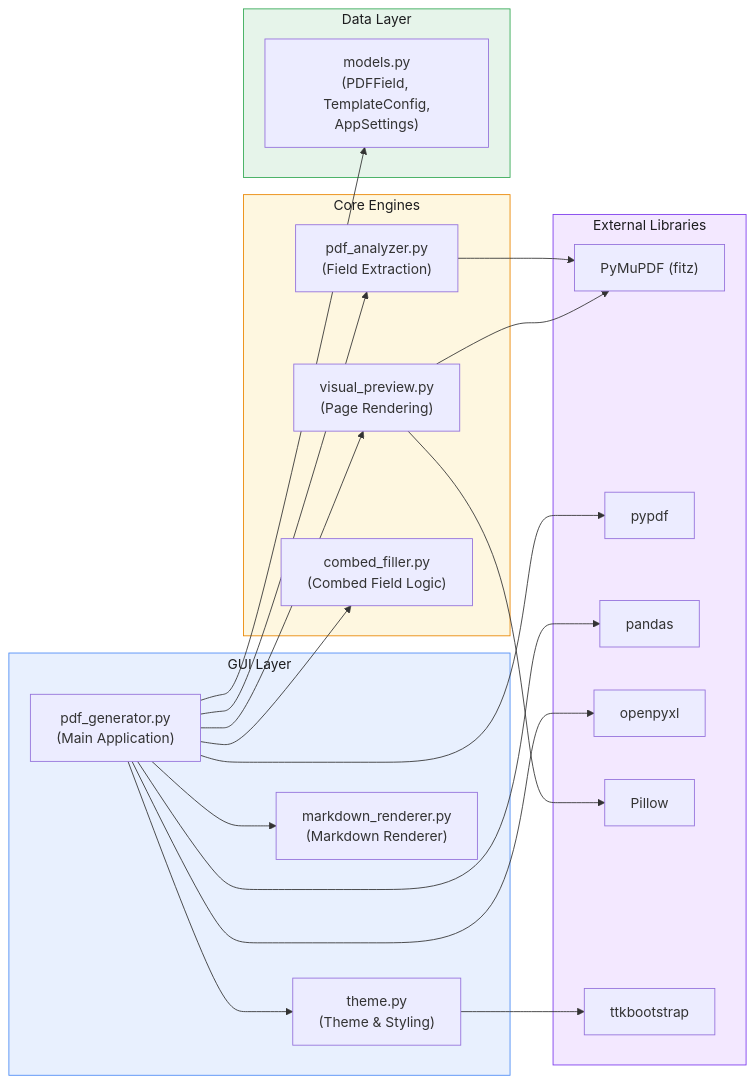
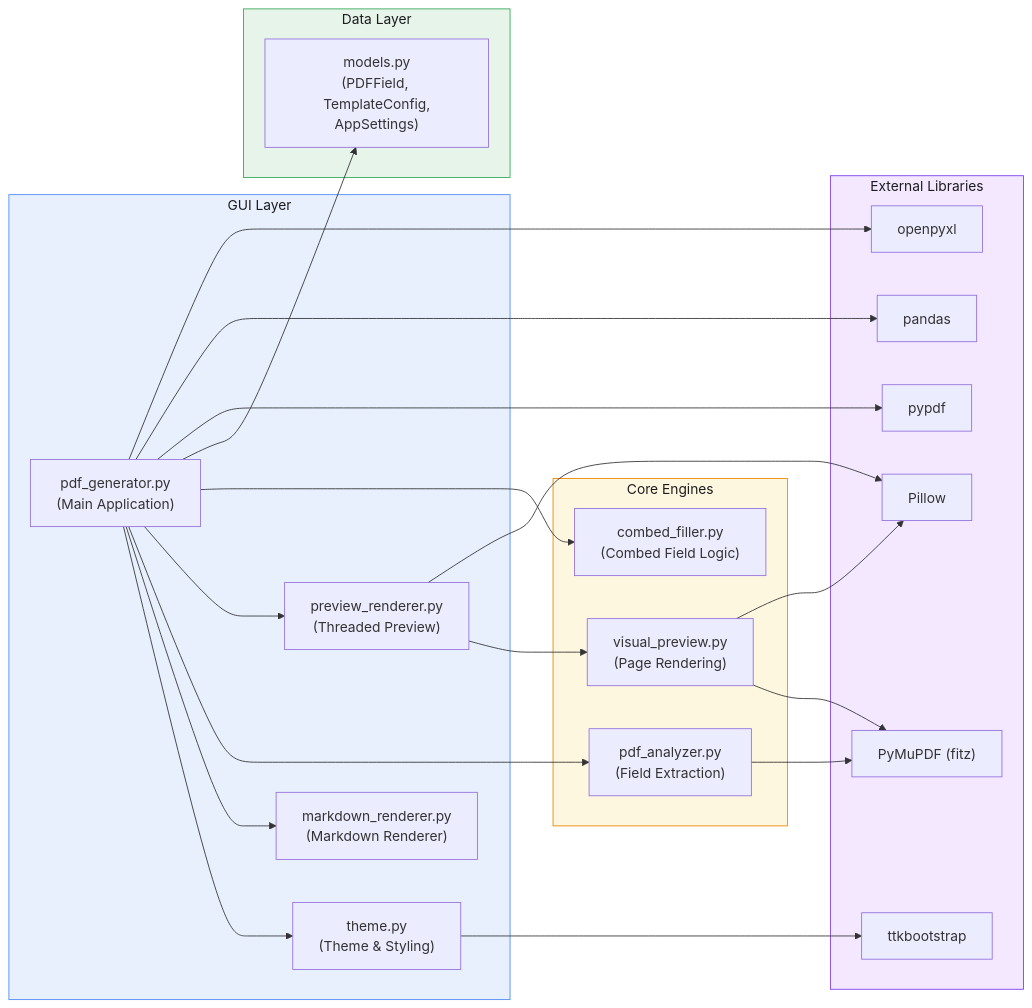
The second of 2 diagrams in README.md (mrdavearms/bulk-pdf-extractor-and-generator), drawn with Mermaid before and after one commit. The commit also changed other lines of this file and 1 other file, not shown here.

Commit message:
docs: capture v2.9 architecture learnings in CLAUDE.md and README
Add preview_renderer.py to source tables, document PyMuPDF thread-safety
boundary, correct method names, Tab 2 in-place update pattern, and
structural test approach. Update README architecture diagram and module
overview to reflect the new PreviewRenderer module.

````diff
--- a/README.md
+++ b/README.md
@@ -529,46 +529,49 @@
 ```mermaid
 graph LR
     subgraph ui ["GUI Layer"]
         Main["pdf_generator.py\n(Main Application)"]
         Theme["theme.py\n(Theme & Styling)"]
         MD["markdown_renderer.py\n(Markdown Renderer)"]
+        Renderer["preview_renderer.py\n(Threaded Preview)"]
     end
 
     subgraph core ["Core Engines"]
         Analyzer["pdf_analyzer.py\n(Field Extraction)"]
         Preview["visual_preview.py\n(Page Rendering)"]
         Filler["combed_filler.py\n(Combed Field Logic)"]
     end
 
     subgraph data ["Data Layer"]
         Models["models.py\n(PDFField, TemplateConfig,\nAppSettings)"]
     end
 
     subgraph ext ["External Libraries"]
         PyMuPDF["PyMuPDF (fitz)"]
         pypdf["pypdf"]
         pandas["pandas"]
         openpyxl["openpyxl"]
         Pillow["Pillow"]
         ttkbootstrap["ttkbootstrap"]
     end
 
     Main --> Theme
     Main --> MD
     Main --> Analyzer
-    Main --> Preview
+    Main --> Renderer
+    Renderer --> Preview
     Main --> Filler
     Main --> Models
     Analyzer --> PyMuPDF
     Preview --> PyMuPDF
     Preview --> Pillow
+    Renderer --> Pillow
     Main --> pypdf
     Main --> pandas
     Main --> openpyxl
     Theme --> ttkbootstrap
 
     style ui fill:#e8f0fe,stroke:#4c8bf5,color:#1d1d1f
     style core fill:#fef7e0,stroke:#ea8600,color:#1d1d1f
     style data fill:#e6f4ea,stroke:#34a853,color:#1d1d1f
     style ext fill:#f3e8ff,stroke:#7c3aed,color:#1d1d1f
 ```
````
